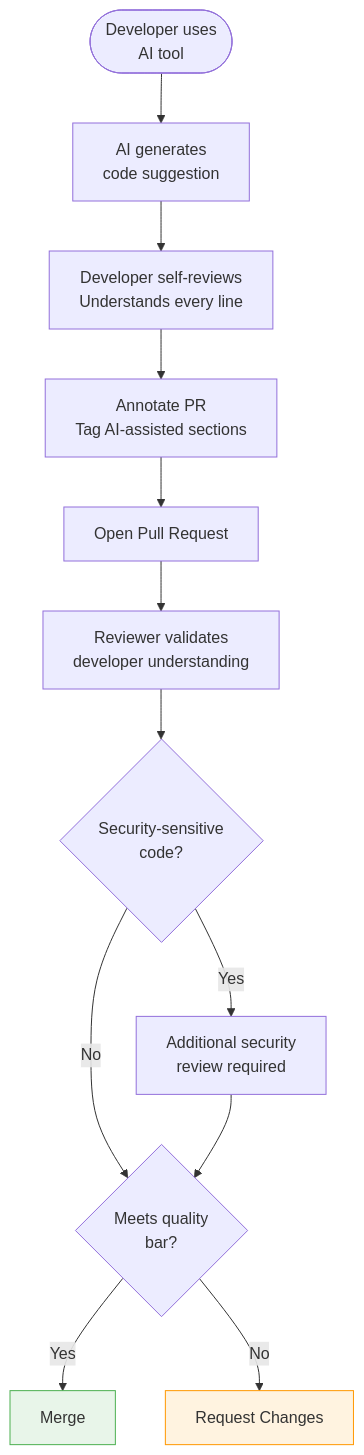
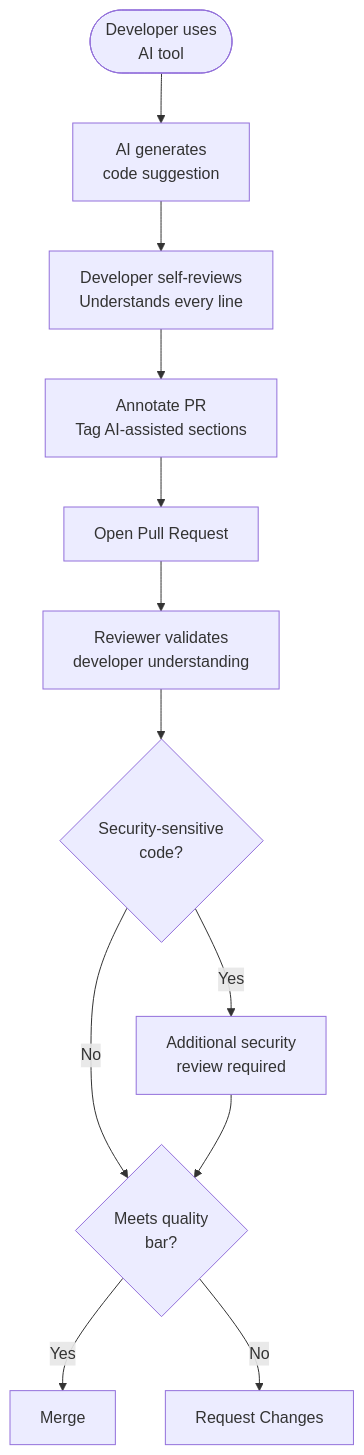
The third of 4 diagrams in 10-ai-ml-platform/02-ai-governance.md (rishikeshdhokare/platform-manifesto), drawn with Mermaid before and after one commit. The commit also changed other lines of this file and 14 other files, not shown here.

First line of the commit message:
fix: remove mermaid style directives (119 lines across 15 files)

````diff
--- a/10-ai-ml-platform/02-ai-governance.md
+++ b/10-ai-ml-platform/02-ai-governance.md
@@ -160,21 +156,19 @@
 ```mermaid
 flowchart TD
     Dev([Developer uses<br/>AI tool]) --> Generate[AI generates<br/>code suggestion]
     Generate --> SelfReview[Developer self-reviews<br/>Understands every line]
 
     SelfReview --> Annotate[Annotate PR<br/>Tag AI-assisted sections]
     Annotate --> PR[Open Pull Request]
 
     PR --> Reviewer[Reviewer validates<br/>developer understanding]
     Reviewer --> SecurityCheck{Security-sensitive<br/>code?}
 
     SecurityCheck -->|Yes| SecurityReview[Additional security<br/>review required]
     SecurityCheck -->|No| QualityCheck{Meets quality<br/>bar?}
 
     SecurityReview --> QualityCheck
     QualityCheck -->|Yes| Merge[Merge]
     QualityCheck -->|No| RequestChanges[Request Changes]
 
-    style Merge fill:#e8f5e9,stroke:#4caf50
-    style RequestChanges fill:#fff3e0,stroke:#ff9800
 ```
````
